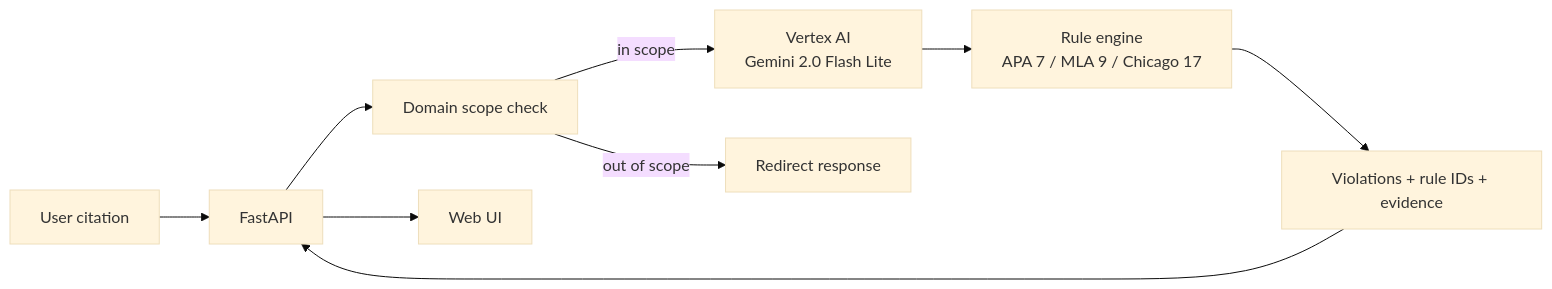
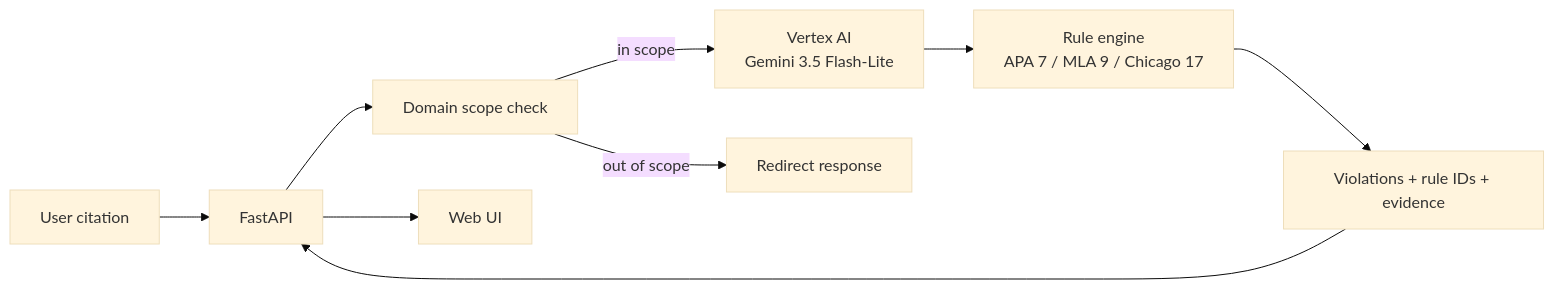
Before and after one commit to ARJUNVARMA2000/citation-format-checker: the diagram in README.md, drawn with Mermaid (base theme). The commit also changed other lines of this file and 7 other files, not shown here.

````diff
--- a/README.md
+++ b/README.md
@@ -32,11 +32,11 @@
 ```mermaid
 flowchart LR
     U[User citation] --> API[FastAPI]
     API --> DS[Domain scope check]
-    DS -->|in scope| VX[Vertex AI<br/>Gemini 2.0 Flash Lite]
+    DS -->|in scope| VX[Vertex AI<br/>Gemini 3.5 Flash-Lite]
     DS -->|out of scope| RD[Redirect response]
     VX --> RE[Rule engine<br/>APA 7 / MLA 9 / Chicago 17]
     RE --> V[Violations + rule IDs + evidence]
     V --> API
     API --> UI[Web UI]
 ```
````
